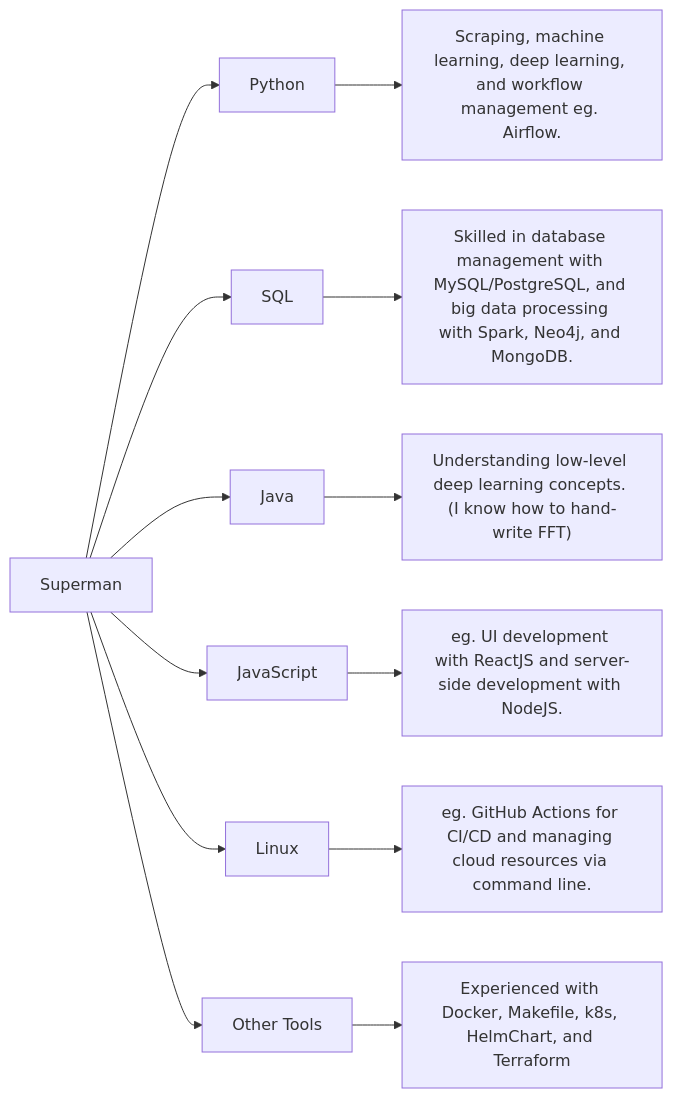
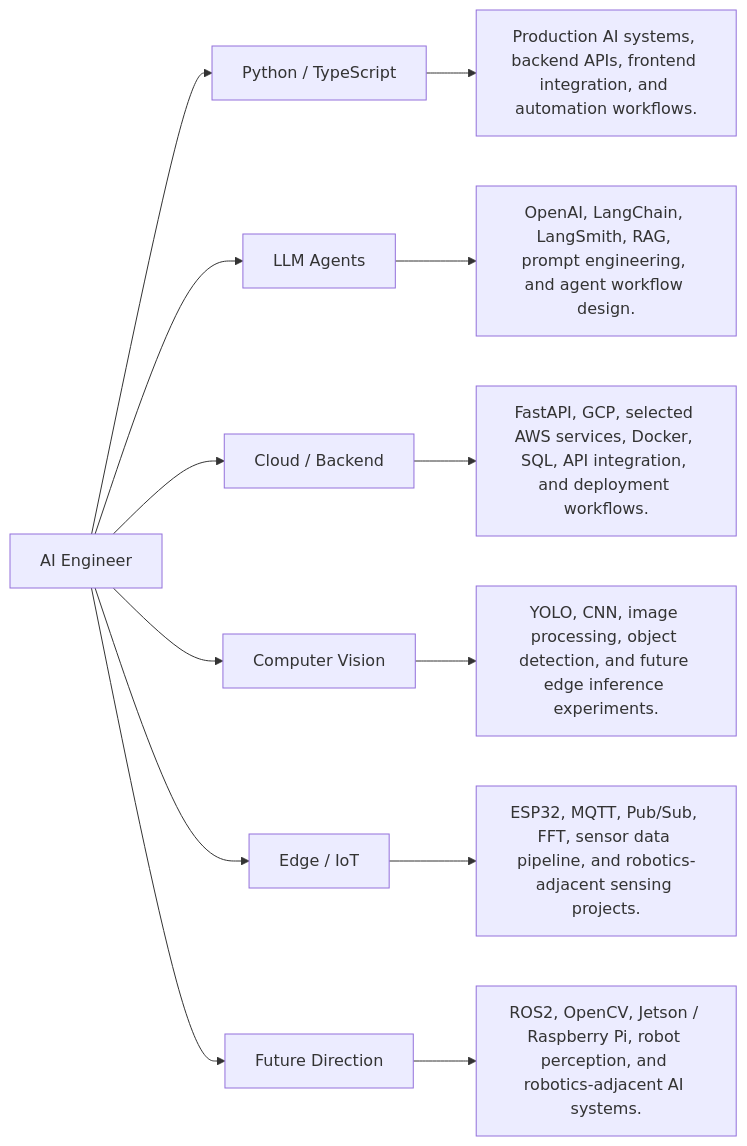
Before and after one commit to kenchudigital/kenchudigital: the diagram in README.md, drawn with Mermaid. The commit also changed other lines of this file, not shown here.

Commit message:
update: information in 2026

````diff
--- a/README.md
+++ b/README.md
@@ -27,26 +27,26 @@
 ```mermaid
 graph LR;
 
     %% Central Role
-    Z["Superman"];
+    Z["AI Engineer"];
     
     %% Main Categories
-    Z --> A["Python"];
-    A --> AA["Scraping, machine learning, deep learning, and workflow management eg. Airflow."];
+    Z --> A["Python / TypeScript"];
+    A --> AA["Production AI systems, backend APIs, frontend integration, and automation workflows."];
     
-    Z --> B["SQL"];
-    B --> BB["Skilled in database management with MySQL/PostgreSQL, and big data processing with Spark, Neo4j, and MongoDB."];
+    Z --> B["LLM Agents"];
+    B --> BB["OpenAI, LangChain, LangSmith, RAG, prompt engineering, and agent workflow design."];
     
-    Z --> C["Java"];
-    C --> CC["Understanding low-level deep learning concepts. (I know how to hand-write FFT)"];
+    Z --> C["Cloud / Backend"];
+    C --> CC["FastAPI, GCP, selected AWS services, Docker, SQL, API integration, and deployment workflows."];
     
-    Z --> D["JavaScript"];
-    D --> DD["eg. UI development with ReactJS and server-side development with NodeJS."];
+    Z --> D["Computer Vision"];
+    D --> DD["YOLO, CNN, image processing, object detection, and future edge inference experiments."];
     
-    Z --> E["Linux"];
-    E --> EE["eg. GitHub Actions for CI/CD and managing cloud resources via command line."];
+    Z --> E["Edge / IoT"];
+    E --> EE["ESP32, MQTT, Pub/Sub, FFT, sensor data pipeline, and robotics-adjacent sensing projects."];
     
-    Z --> F["Other Tools"];
-    F --> FF["Experienced with Docker, Makefile, k8s, HelmChart, and Terraform"];
+    Z --> F["Future Direction"];
+    F --> FF["ROS2, OpenCV, Jetson / Raspberry Pi, robot perception, and robotics-adjacent AI systems."];
 
 ```
````
